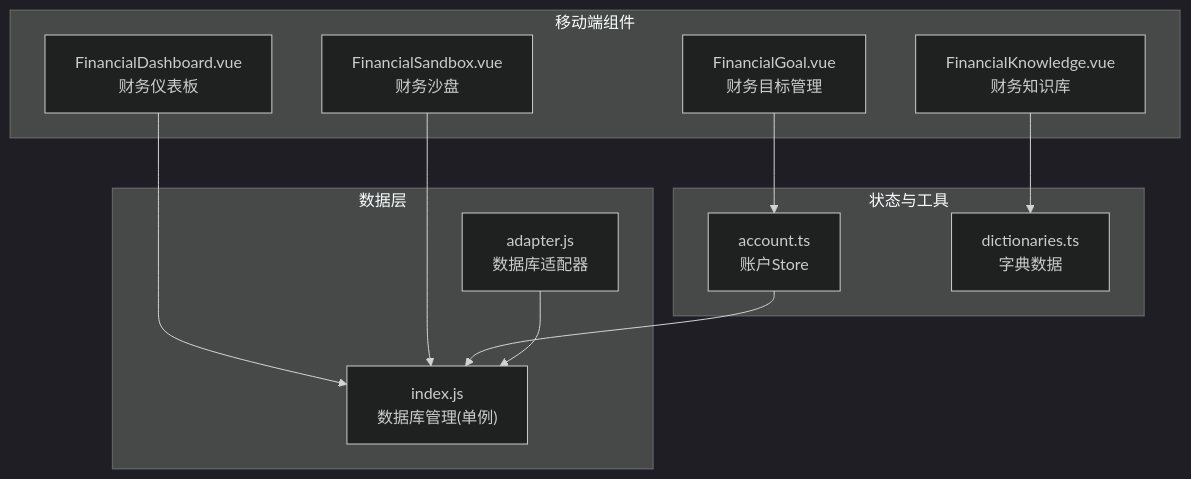
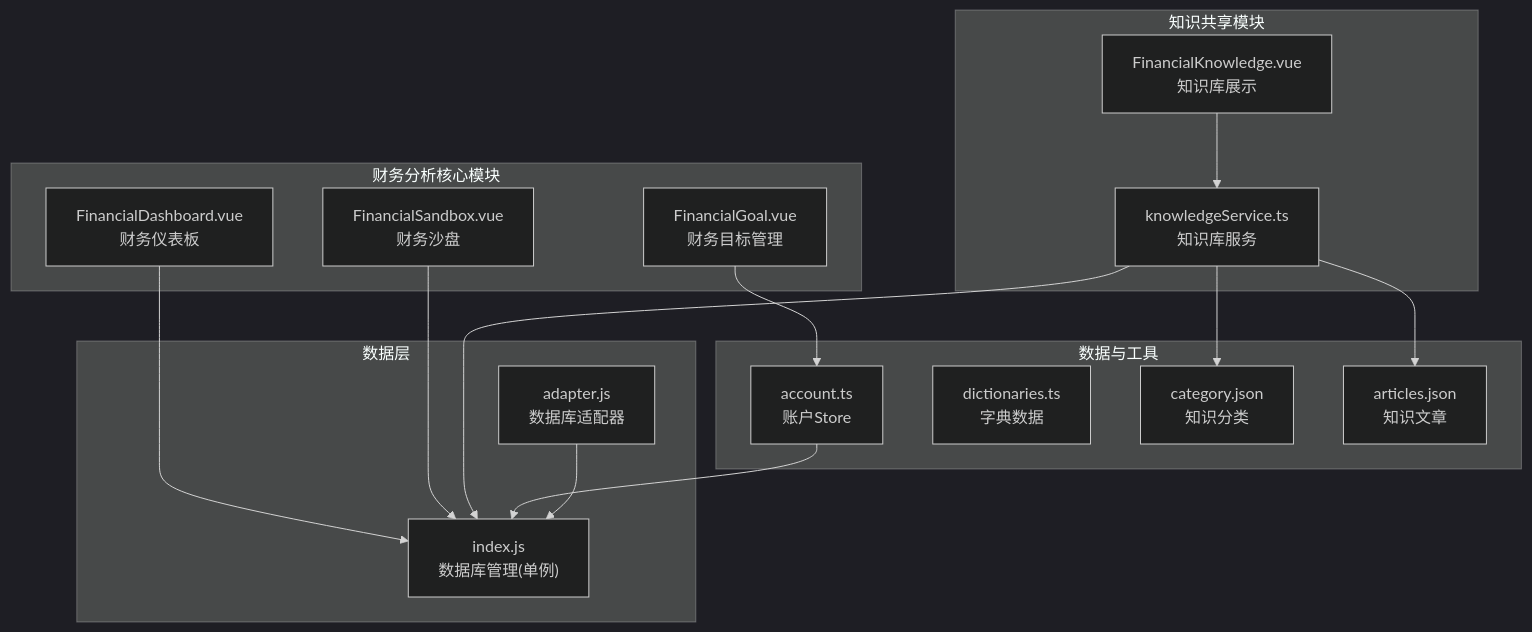
Before and after one commit to xiao-lin-unit/yuan: the first of 9 diagrams in .qoder/repowiki/zh/content/财务分析/财务分析.md, drawn with Mermaid (dark theme). The commit also changed other lines of this file and 16 other files, not shown here.

Commit message:
图片和图标处理

````diff
--- a/.qoder/repowiki/zh/content/财务分析/财务分析.md
+++ b/.qoder/repowiki/zh/content/财务分析/财务分析.md
@@ -35,23 +47,31 @@
 ```mermaid
 graph TB
-subgraph "移动端组件"
+subgraph "财务分析核心模块"
 FD["FinancialDashboard.vue<br/>财务仪表板"]
 FG["FinancialGoal.vue<br/>财务目标管理"]
-FK["FinancialKnowledge.vue<br/>财务知识库"]
 FS["FinancialSandbox.vue<br/>财务沙盘"]
 end
-subgraph "状态与工具"
+subgraph "知识共享模块"
+FK["FinancialKnowledge.vue<br/>知识库展示"]
+KS["knowledgeService.ts<br/>知识库服务"]
+end
+subgraph "数据与工具"
 ACC["account.ts<br/>账户Store"]
 DICT["dictionaries.ts<br/>字典数据"]
+CAT["category.json<br/>知识分类"]
+ART["articles.json<br/>知识文章"]
 end
 subgraph "数据层"
 DBM["index.js<br/>数据库管理(单例)"]
 ADP["adapter.js<br/>数据库适配器"]
 end
 FD --> DBM
 FG --> ACC
-FK --> DICT
 FS --> DBM
+FK --> KS
+KS --> CAT
+KS --> ART
+KS --> DBM
 ACC --> DBM
 ADP --> DBM
 ```
````
